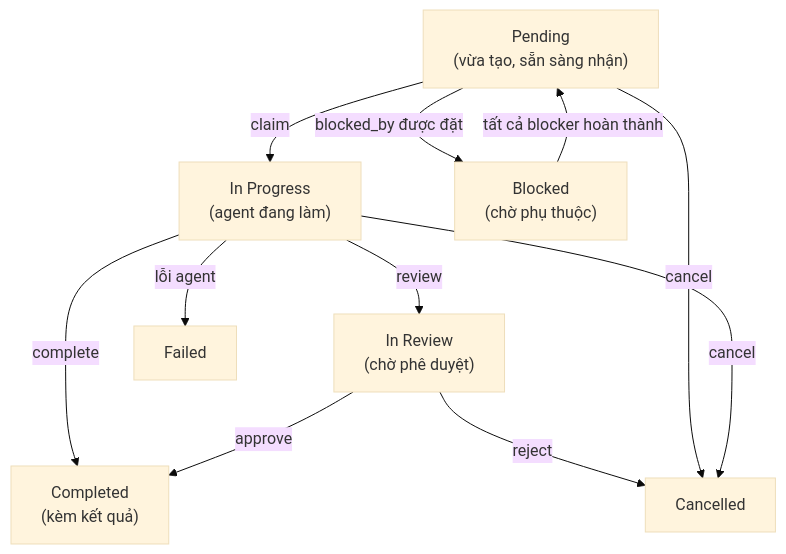
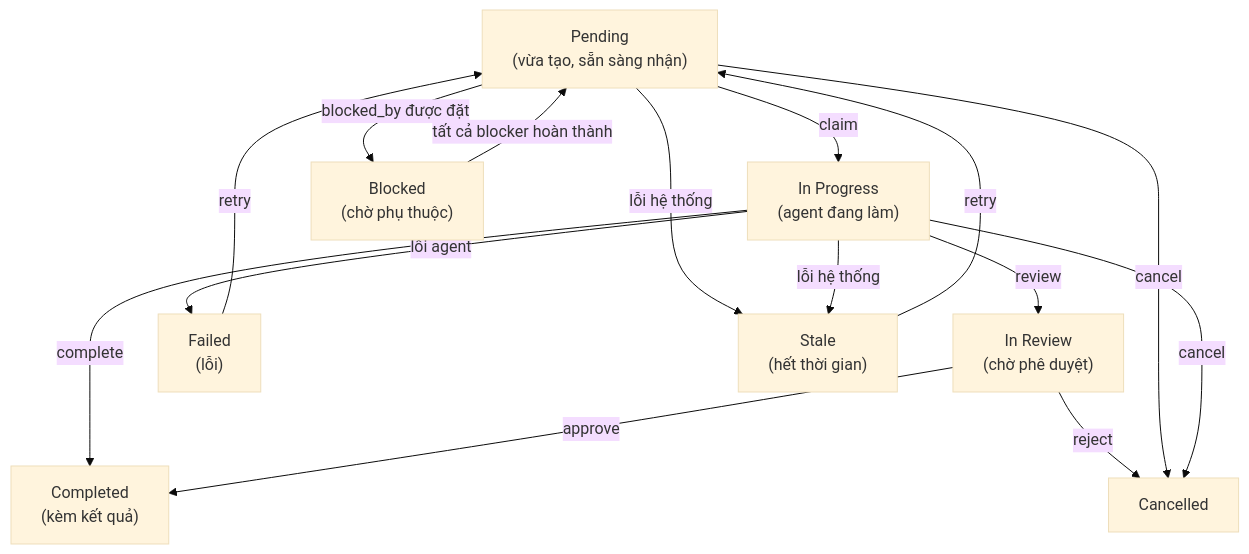
One commit to nextlevelbuilder/goclaw-docs changed the first of 2 diagrams in vi/agent-teams/task-board.md. Above: the diagram before and after it, drawn with Mermaid (base theme). The commit also changed other lines of this file and 21 other files, not shown here.

````diff
--- a/vi/agent-teams/task-board.md
+++ b/vi/agent-teams/task-board.md
@@ -9,13 +9,17 @@
 ```mermaid
 flowchart TD
     PENDING["Pending<br/>(vừa tạo, sẵn sàng nhận)"] -->|claim| IN_PROGRESS["In Progress<br/>(agent đang làm)"]
     PENDING -->|blocked_by được đặt| BLOCKED["Blocked<br/>(chờ phụ thuộc)"]
     BLOCKED -->|tất cả blocker hoàn thành| PENDING
     IN_PROGRESS -->|complete| COMPLETED["Completed<br/>(kèm kết quả)"]
     IN_PROGRESS -->|review| IN_REVIEW["In Review<br/>(chờ phê duyệt)"]
     IN_REVIEW -->|approve| COMPLETED
     IN_REVIEW -->|reject| CANCELLED["Cancelled"]
     PENDING -->|cancel| CANCELLED
     IN_PROGRESS -->|cancel| CANCELLED
-    IN_PROGRESS -->|lỗi agent| FAILED["Failed"]
+    IN_PROGRESS -->|lỗi agent| FAILED["Failed<br/>(lỗi)"]
+    PENDING -->|lỗi hệ thống| STALE["Stale<br/>(hết thời gian)"]
+    IN_PROGRESS -->|lỗi hệ thống| STALE
+    FAILED -->|retry| PENDING
+    STALE -->|retry| PENDING
 ```
````
